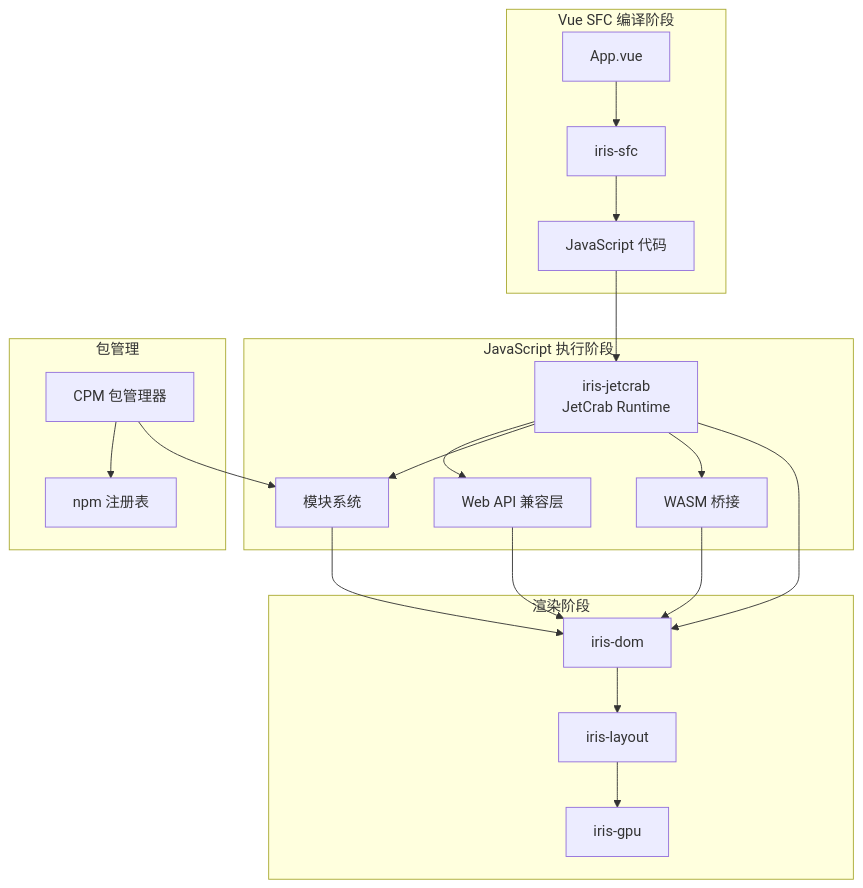
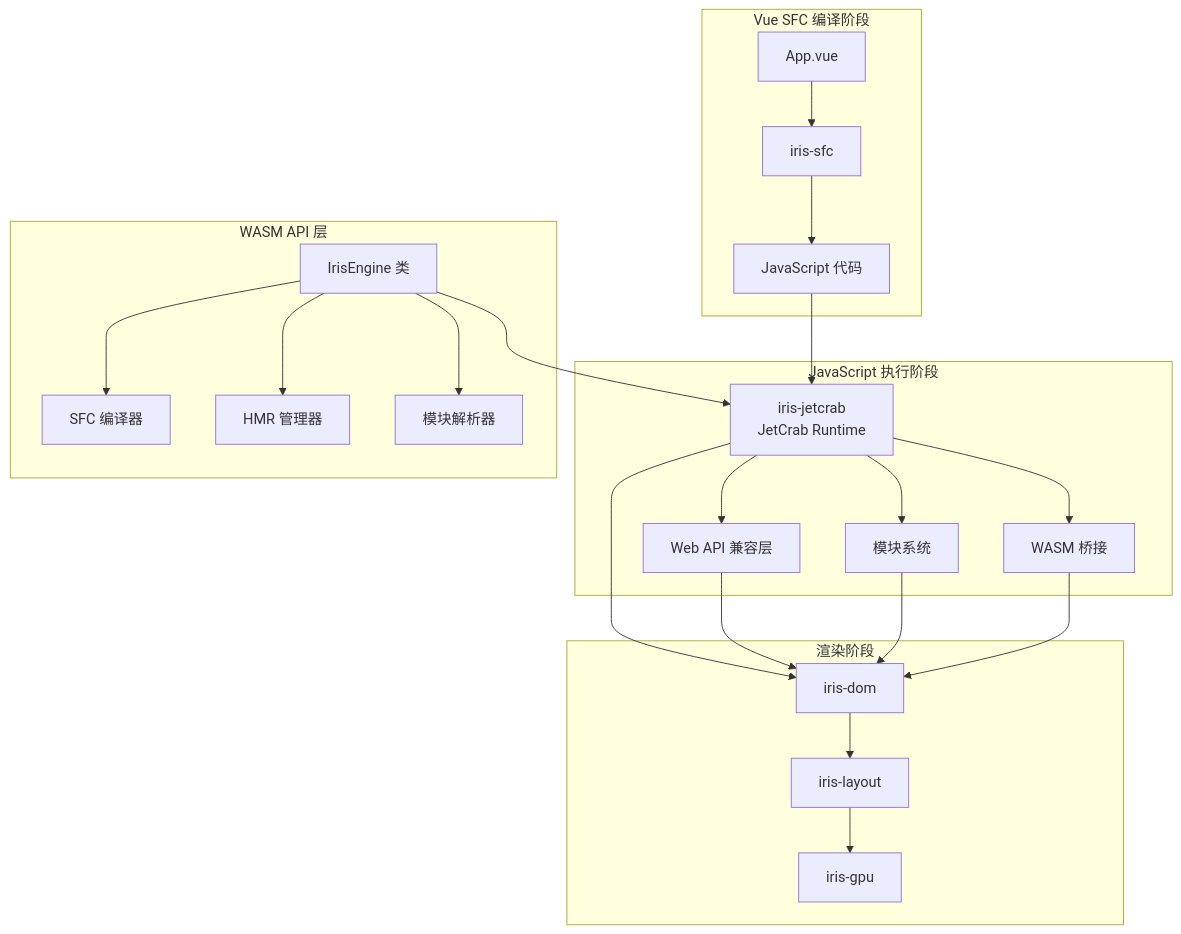
Before and after one commit to itszzl-sudo/iris: the second of 10 diagrams in .qoder/repowiki/zh/content/技术架构详解/JS沙箱运行时/Iris-JetCrab引擎.md, drawn with Mermaid. The commit also changed other lines of this file and 7 other files, not shown here.

````diff
--- a/.qoder/repowiki/zh/content/技术架构详解/JS沙箱运行时/Iris-JetCrab引擎.md
+++ b/.qoder/repowiki/zh/content/技术架构详解/JS沙箱运行时/Iris-JetCrab引擎.md
@@ -123,27 +152,31 @@
 ```mermaid
 graph TB
 subgraph "Vue SFC 编译阶段"
 A[App.vue] --> B[iris-sfc]
 B --> C[JavaScript 代码]
 end
 subgraph "JavaScript 执行阶段"
 C --> D[iris-jetcrab<br/>JetCrab Runtime]
 D --> E[Web API 兼容层]
 D --> F[模块系统]
 D --> G[WASM 桥接]
 end
 subgraph "渲染阶段"
 H[iris-dom] --> I[iris-layout]
 I --> J[iris-gpu]
 end
 D --> H
 E --> H
 F --> H
 G --> H
-subgraph "包管理"
-K[CPM 包管理器]
-L[npm 注册表]
+subgraph "WASM API 层"
+K[IrisEngine 类]
+L[SFC 编译器]
+M[HMR 管理器]
+N[模块解析器]
 end
 K --> L
-K --> F
+K --> M
+K --> N
+K --> D
 ```
````
